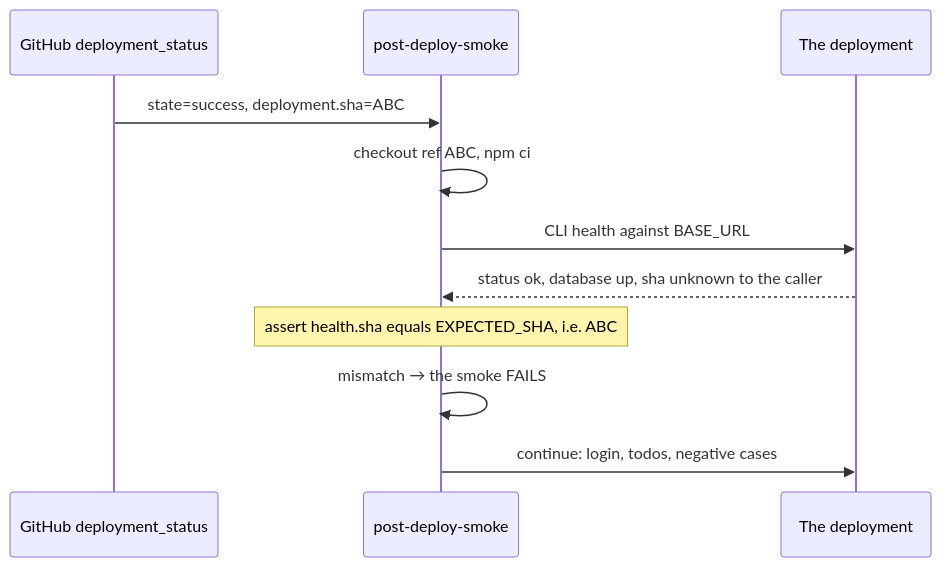
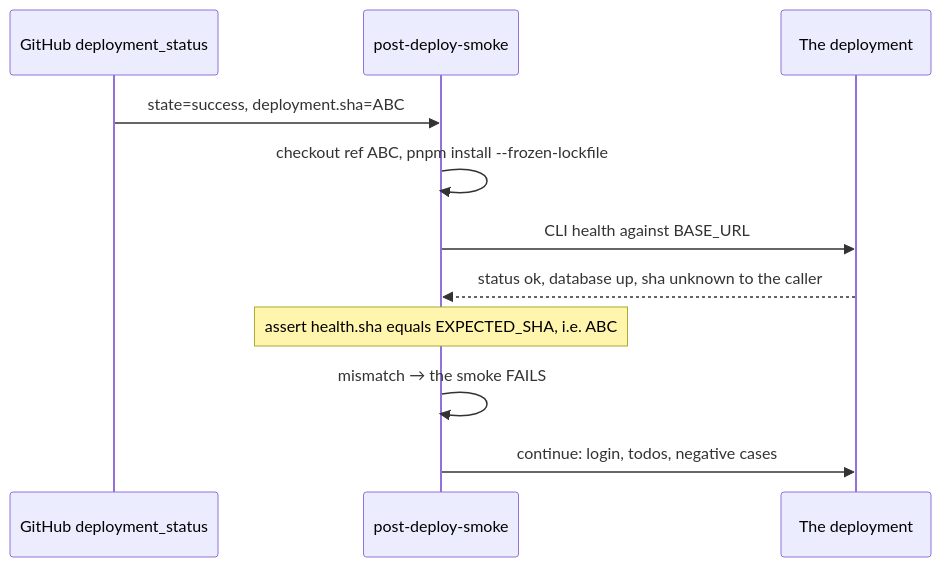
One commit to chomamateusz/agentproofarch changed the second of 2 diagrams in website/docs/operations/health-and-attestation.md. Above: the diagram before and after it, drawn with Mermaid. The commit also changed other lines of this file and 74 other files, not shown here.

First line of the commit message:
Toolchain: migrate npm -> pnpm (supply-chain hardening)

````diff
--- a/website/docs/operations/health-and-attestation.md
+++ b/website/docs/operations/health-and-attestation.md
@@ -155,13 +155,13 @@
 ```mermaid
 sequenceDiagram
     participant GH as GitHub deployment_status
     participant W as post-deploy-smoke
     participant D as The deployment
     GH->>W: state=success, deployment.sha=ABC
-    W->>W: checkout ref ABC, npm ci
+    W->>W: checkout ref ABC, pnpm install --frozen-lockfile
     W->>D: CLI health against BASE_URL
     D-->>W: status ok, database up, sha unknown to the caller
     Note over W: assert health.sha equals EXPECTED_SHA, i.e. ABC
     W->>W: mismatch → the smoke FAILS
     W->>D: continue: login, todos, negative cases
 ```
````
